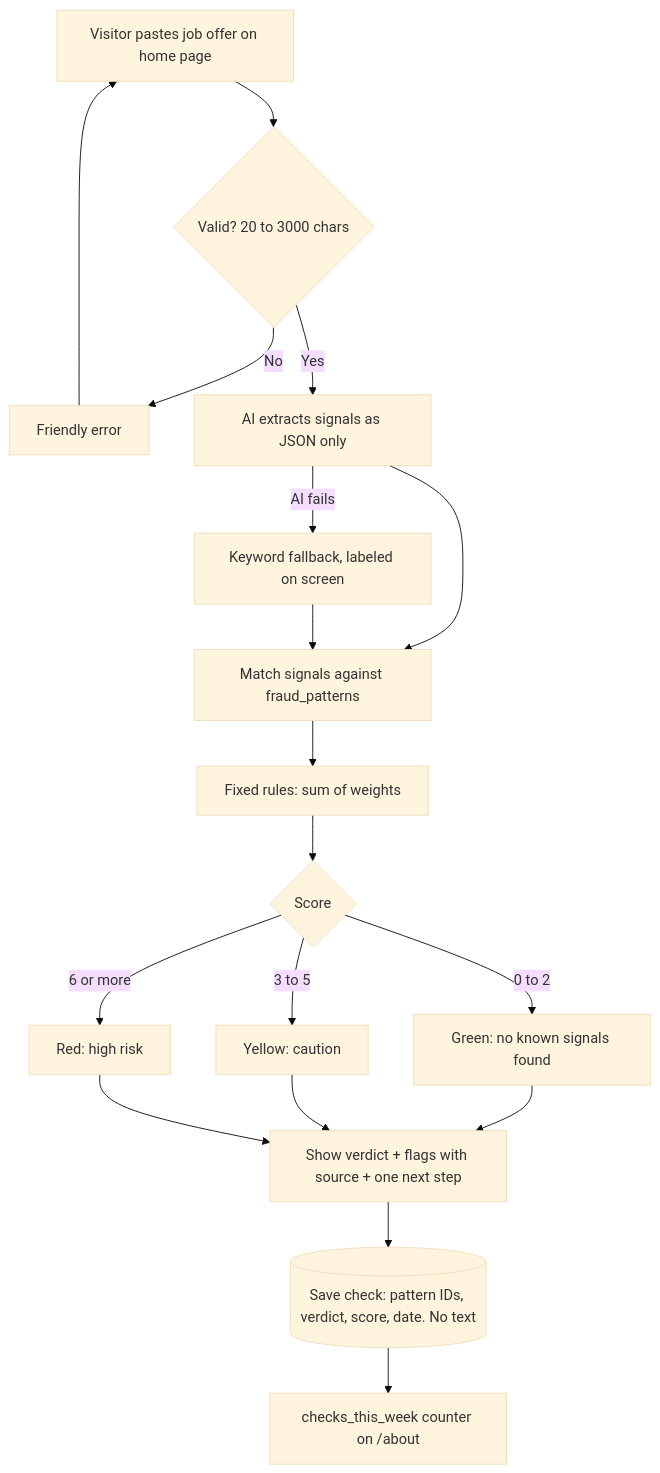
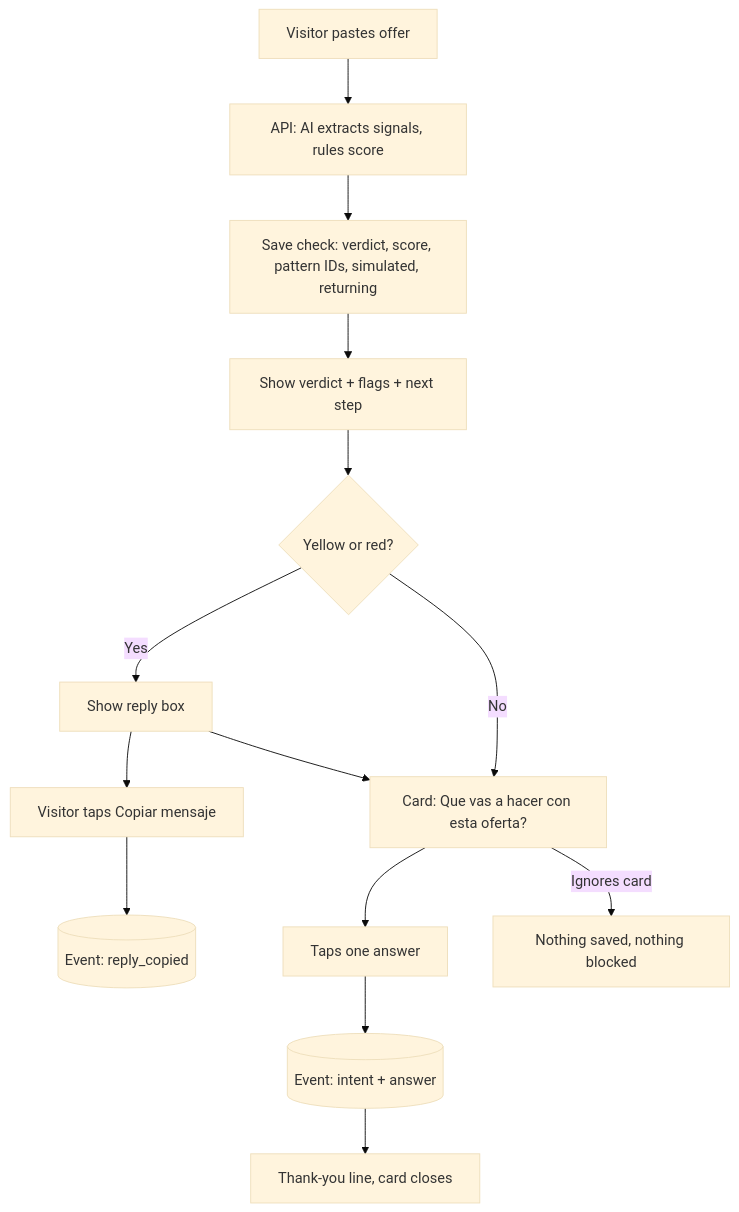
The first of 2 diagrams in docs/PACKET.md (rafapieck/lupa), drawn with Mermaid (base theme) before and after one commit. The commit also changed other lines of this file, not shown here.

First line of the commit message:
docs: Week 13 PACKET (real humans, event log, packet before code)

````diff
--- a/docs/PACKET.md
+++ b/docs/PACKET.md
@@ -40,17 +40,16 @@
 ```mermaid
 flowchart TD
-  A[Visitor pastes job offer on home page] --> B{Valid? 20 to 3000 chars}
-  B -- No --> C[Friendly error] --> A
-  B -- Yes --> D[AI extracts signals as JSON only]
-  D -- AI fails --> D2[Keyword fallback, labeled on screen]
-  D --> E[Match signals against fraud_patterns]
-  D2 --> E
-  E --> F[Fixed rules: sum of weights]
-  F --> G{Score}
-  G -- 0 to 2 --> H[Green: no known signals found]
-  G -- 3 to 5 --> I[Yellow: caution]
-  G -- 6 or more --> J[Red: high risk]
-  H & I & J --> K[Show verdict + flags with source + one next step]
-  K --> L[(Save check: pattern IDs, verdict, score, date. No text)]
-  L --> M[checks_this_week counter on /about]
+  A[Visitor pastes offer] --> B[API: AI extracts signals, rules score]
+  B --> C[Save check: verdict, score, pattern IDs, simulated, returning]
+  C --> D[Show verdict + flags + next step]
+  D --> E{Yellow or red?}
+  E -- Yes --> F[Show reply box]
+  F --> G[Visitor taps Copiar mensaje]
+  G --> H[(Event: reply_copied)]
+  E -- No --> I
+  F --> I[Card: Que vas a hacer con esta oferta?]
+  I --> J[Taps one answer]
+  J --> K[(Event: intent + answer)]
+  K --> L[Thank-you line, card closes]
+  I -- Ignores card --> M[Nothing saved, nothing blocked]
 ```
````
